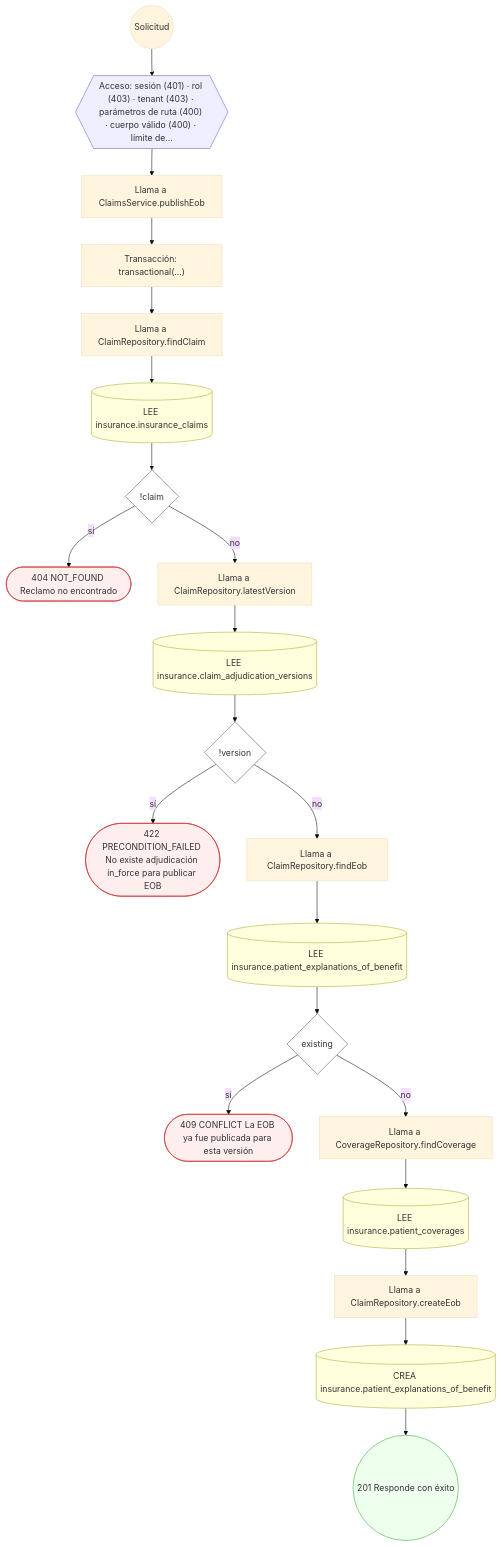
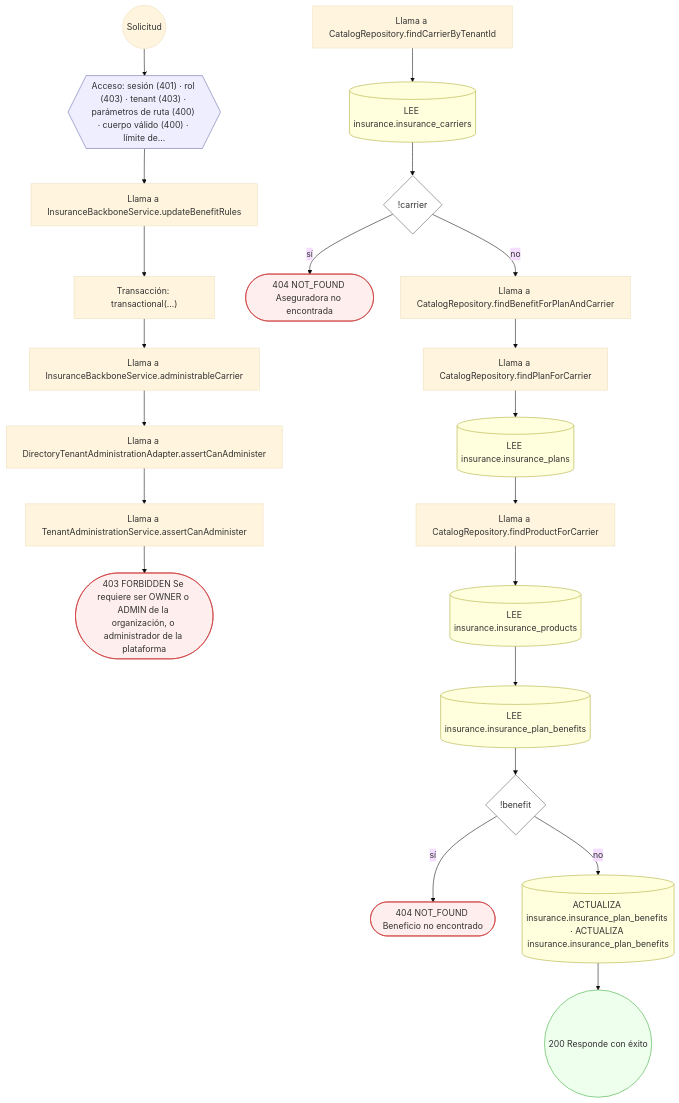
Diagram 31 of 56 in docs/inventario/flujos/insurance.md (mdavila-2001/mantra-core-health-api), drawn with Mermaid (base theme) before and after one commit. The commit also changed other lines of this file and 451 other files, not shown here.

First line of the commit message:
chore(data_catalog): contrato OpenAPI, inventario y pruebas al día con el diseño del #660

````diff
--- a/docs/inventario/flujos/insurance.md
+++ b/docs/inventario/flujos/insurance.md
@@ -1001,50 +2968,51 @@
 ```mermaid
 flowchart TD
   n1(("Solicitud")):::inicio
   n2{{"Acceso: sesión (401) · rol (403) · tenant (403) · parámetros de ruta (400) · cuerpo válido (400) · límite de…"}}:::acceso
   n1 --> n2
-  n3["Llama a ClaimsService.publishEob"]:::llamada
+  n3["Llama a InsuranceBackboneService.updateBenefitRules"]:::llamada
   n2 --> n3
   n4["Transacción: transactional(…)"]:::transaccion
   n3 --> n4
-  n5["Llama a ClaimRepository.findClaim"]:::llamada
+  n5["Llama a InsuranceBackboneService.administrableCarrier"]:::llamada
   n4 --> n5
-  n6[("LEE insurance.insurance_claims")]:::efecto
+  n6["Llama a DirectoryTenantAdministrationAdapter.assertCanAdminister"]:::llamada
   n5 --> n6
-  n7{"!claim"}:::decision
+  n7["Llama a TenantAdministrationService.assertCanAdminister"]:::llamada
   n6 --> n7
-  n8(["404 NOT_FOUND Reclamo no encontrado"]):::error
-  n7 -->|"sí"| n8
-  n9["Llama a ClaimRepository.latestVersion"]:::llamada
-  n7 -->|"no"| n9
-  n10[("LEE insurance.claim_adjudication_versions")]:::efecto
+  n8(["403 FORBIDDEN Se requiere ser OWNER o ADMIN de la organización, o administrador de la plataforma"]):::error
+  n7 --> n8
+  n9["Llama a CatalogRepository.findCarrierByTenantId"]:::llamada
+  n10[("LEE insurance.insurance_carriers")]:::efecto
   n9 --> n10
-  n11{"!version"}:::decision
+  n11{"!carrier"}:::decision
   n10 --> n11
-  n12(["422 PRECONDITION_FAILED No existe adjudicación in_force para publicar EOB"]):::error
+  n12(["404 NOT_FOUND Aseguradora no encontrada"]):::error
   n11 -->|"sí"| n12
-  n13["Llama a ClaimRepository.findEob"]:::llamada
+  n13["Llama a CatalogRepository.findBenefitForPlanAndCarrier"]:::llamada
   n11 -->|"no"| n13
-  n14[("LEE insurance.patient_explanations_of_benefit")]:::efecto
+  n14["Llama a CatalogRepository.findPlanForCarrier"]:::llamada
   n13 --> n14
-  n15{"existing"}:::decision
+  n15[("LEE insurance.insurance_plans")]:::efecto
   n14 --> n15
-  n16(["409 CONFLICT La EOB ya fue publicada para esta versión"]):::error
-  n15 -->|"sí"| n16
-  n17["Llama a CoverageRepository.findCoverage"]:::llamada
-  n15 -->|"no"| n17
-  n18[("LEE insurance.patient_coverages")]:::efecto
+  n16["Llama a CatalogRepository.findProductForCarrier"]:::llamada
+  n15 --> n16
+  n17[("LEE insurance.insurance_products")]:::efecto
+  n16 --> n17
+  n18[("LEE insurance.insurance_plan_benefits")]:::efecto
   n17 --> n18
-  n19["Llama a ClaimRepository.createEob"]:::llamada
+  n19{"!benefit"}:::decision
   n18 --> n19
-  n20[("CREA insurance.patient_explanations_of_benefit")]:::efecto
-  n19 --> n20
-  n21(("201 Responde con éxito")):::ok
-  n20 --> n21
+  n20(["404 NOT_FOUND Beneficio no encontrado"]):::error
+  n19 -->|"sí"| n20
+  n21[("ACTUALIZA insurance.insurance_plan_benefits · ACTUALIZA insurance.insurance_plan_benefits")]:::efecto
+  n19 -->|"no"| n21
+  n22(("200 Responde con éxito")):::ok
+  n21 --> n22
   classDef acceso fill:#eef,stroke:#66a
   classDef error fill:#fee,stroke:#c33
   classDef ok fill:#efe,stroke:#3a3
   classDef efecto fill:#ffd,stroke:#aa3
   classDef decision fill:#fff,stroke:#555
   classDef corte fill:#eee,stroke:#999,stroke-dasharray: 4
 ```
````
